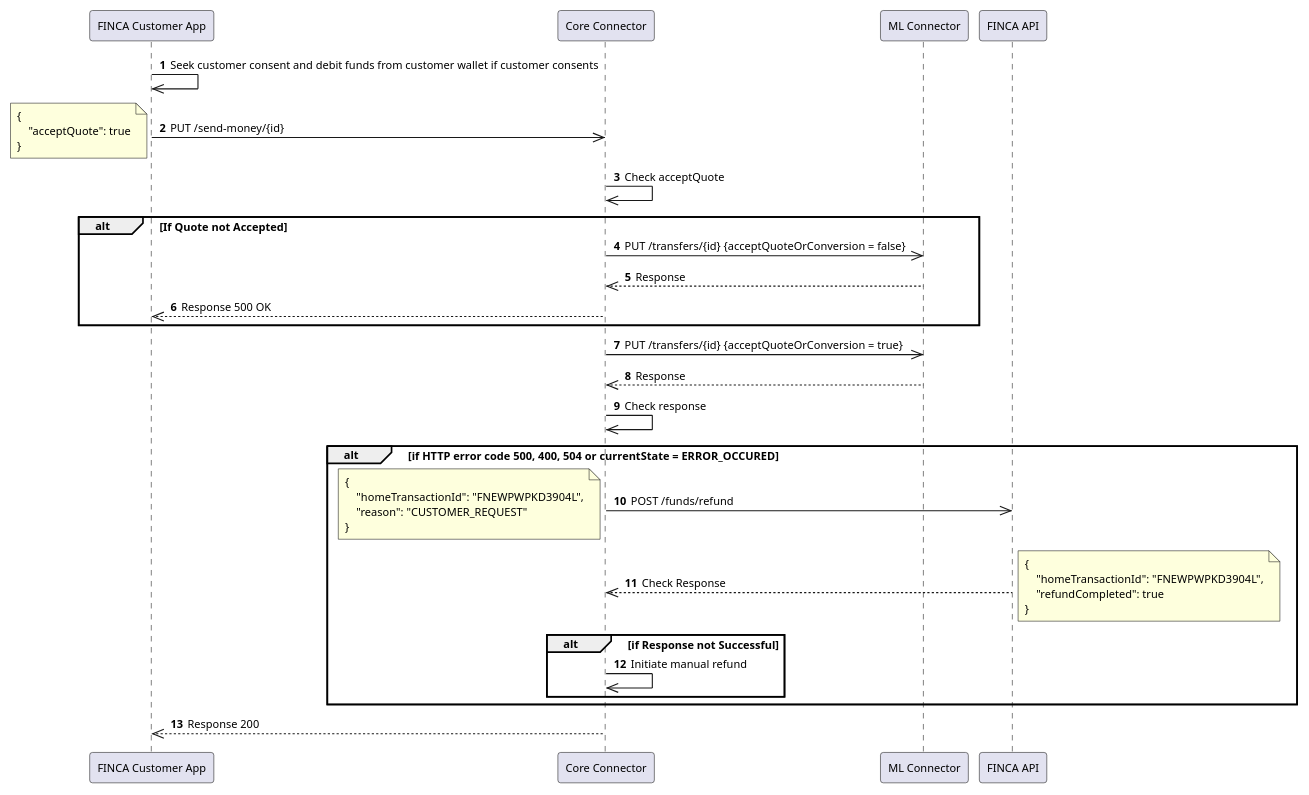
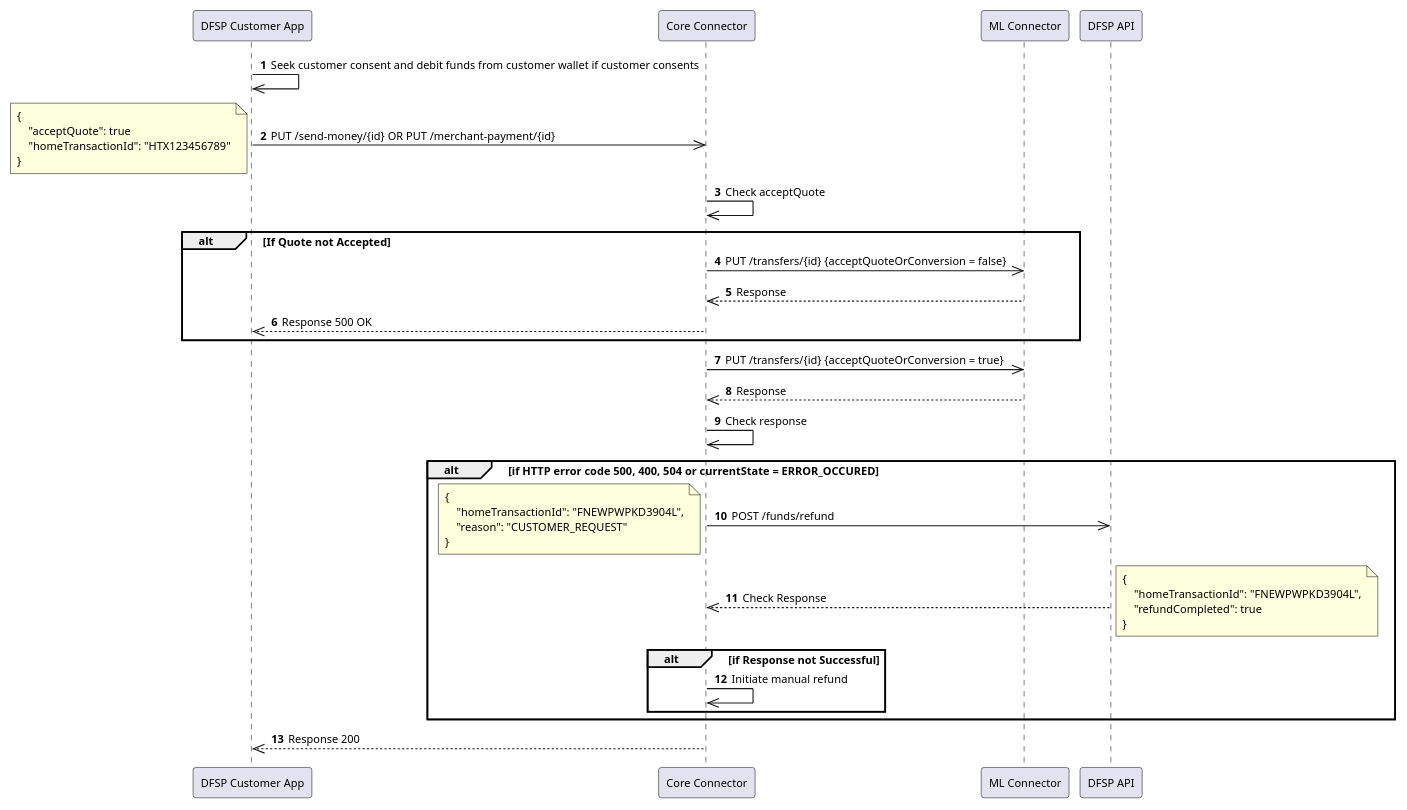
Before and after one commit to mojaloop/ml-reference-connectors: the diagram in packages/core-connector-lib/docs/plantuml-docs/docs/payer/dfsp-initiating-debit-of-funds.puml, drawn with PlantUML. The commit also changed 5 other files, not shown here.

```diff
--- a/packages/core-connector-lib/docs/plantuml-docs/docs/payer/dfsp-initiating-debit-of-funds.puml
+++ b/packages/core-connector-lib/docs/plantuml-docs/docs/payer/dfsp-initiating-debit-of-funds.puml
@@ -1,57 +1,58 @@
 @startuml name="handle-quote-acceptance"
 
 skinparam defaultFontSize 10
 autonumber
 
-participant "FINCA Customer App" as App
+participant "DFSP Customer App" as App
 participant "Core Connector" as Core
 participant "ML Connector" as ML
-participant "FINCA API" as BankAPI
+participant "DFSP API" as BankAPI
 
 App ->> App: Seek customer consent and debit funds from customer wallet if customer consents
 
-App ->> Core: PUT /send-money/{id}
+App ->> Core: PUT /send-money/{id} OR PUT /merchant-payment/{id}
 note left
 {
     "acceptQuote": true
+    "homeTransactionId": "HTX123456789"
 }
 end note
 
 Core ->> Core: Check acceptQuote
 
 alt If Quote not Accepted
     Core ->> ML: PUT /transfers/{id} {acceptQuoteOrConversion = false}
     ML -->> Core: Response
     Core -->> App: Response 500 OK
 end
 
 Core ->> ML: PUT /transfers/{id} {acceptQuoteOrConversion = true}
 ML -->> Core: Response
 
 Core ->> Core: Check response
 
 alt if HTTP error code 500, 400, 504 or currentState = ERROR_OCCURED
     Core ->> BankAPI: POST /funds/refund
     note left
     {
         "homeTransactionId": "FNEWPWPKD3904L",
         "reason": "CUSTOMER_REQUEST"
     }
     end note
 
     BankAPI -->> Core: Check Response
     note right
     {
         "homeTransactionId": "FNEWPWPKD3904L",
         "refundCompleted": true
     }
     end note
 
     alt if Response not Successful
         Core ->> Core: Initiate manual refund
     end
 end
 
 Core -->> App: Response 200
 
 @enduml
```
